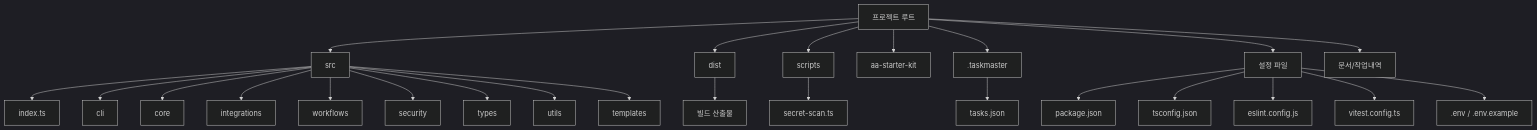
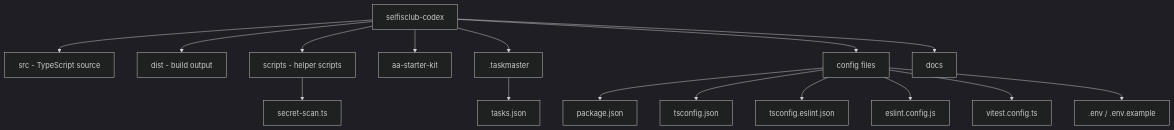
The first of 4 diagrams in 프로젝트 전체 구조도.md (pandol69kim-bot/gitautopipe), drawn with Mermaid (dark theme) before and after one commit. The commit also changed other lines of this file and 11 other files, not shown here.

First line of the commit message:
docs: Add initial project documentation including API design, ERD, flow charts, WBS, and meeting notes

````diff
--- a/프로젝트 전체 구조도.md
+++ b/프로젝트 전체 구조도.md
@@ -10,31 +10,22 @@
 ```mermaid
 flowchart TB
-  Root["프로젝트 루트"]
+  Root["selfisclub-codex"]
 
-  Root --> Src["src"]
-  Root --> Dist["dist"]
-  Root --> Scripts["scripts"]
+  Root --> Src["src - TypeScript source"]
+  Root --> Dist["dist - build output"]
+  Root --> Scripts["scripts - helper scripts"]
   Root --> Starter["aa-starter-kit"]
   Root --> Taskmaster[".taskmaster"]
-  Root --> Config["설정 파일"]
-  Root --> Docs["문서/작업내역"]
+  Root --> Configs["config files"]
+  Root --> Docs["docs"]
 
-  Src --> Entry["index.ts"]
-  Src --> Cli["cli"]
-  Src --> Core["core"]
-  Src --> Integrations["integrations"]
-  Src --> Workflows["workflows"]
-  Src --> Security["security"]
-  Src --> Types["types"]
-  Src --> Utils["utils"]
-  Src --> Templates["templates"]
+  Configs --> Package["package.json"]
+  Configs --> TS["tsconfig.json"]
+  Configs --> TSLint["tsconfig.eslint.json"]
+  Configs --> ESLint["eslint.config.js"]
+  Configs --> Vitest["vitest.config.ts"]
+  Configs --> Env[".env / .env.example"]
 
-  Dist --> Built["빌드 산출물"]
   Scripts --> SecretScan["secret-scan.ts"]
   Taskmaster --> Tasks["tasks.json"]
-  Config --> Package["package.json"]
-  Config --> Tsconfig["tsconfig.json"]
-  Config --> Eslint["eslint.config.js"]
-  Config --> Vitest["vitest.config.ts"]
-  Config --> Env[".env / .env.example"]
 ```
````
